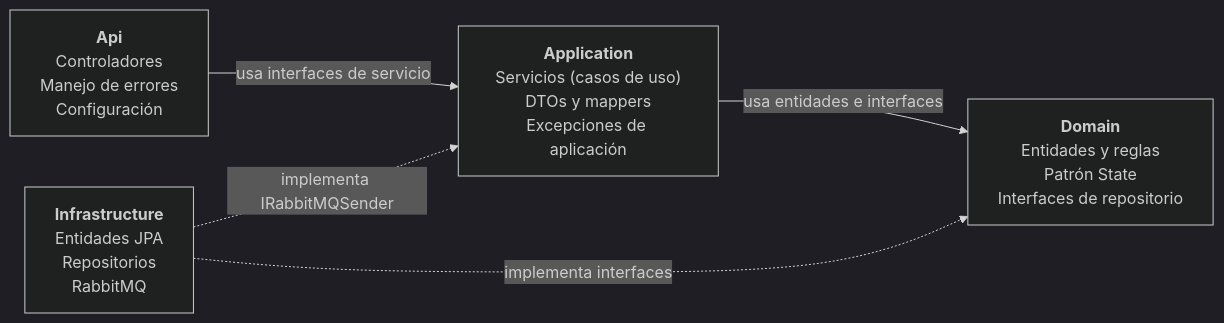
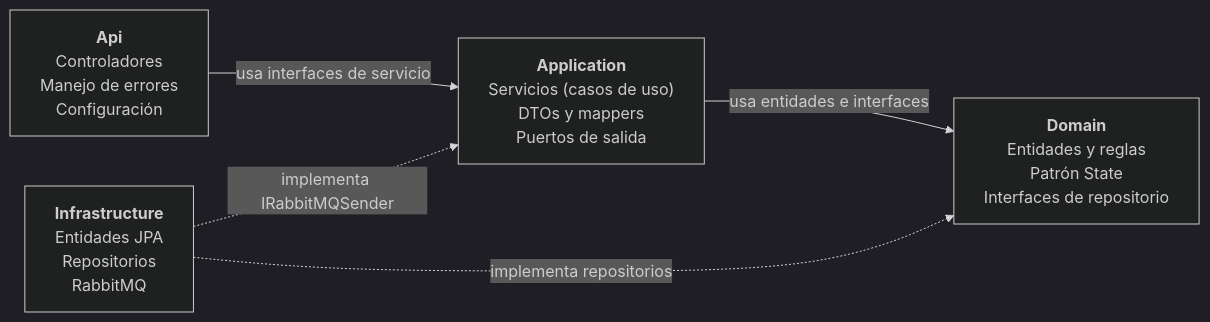
Before and after one commit to SemilleroSOLID/clean-architecture-api: the third of 5 diagrams in README.md, drawn with Mermaid (dark theme). The commit also changed other lines of this file, not shown here.

````diff
--- a/README.md
+++ b/README.md
@@ -104,12 +151,12 @@
 ```mermaid
 flowchart LR
     Api["<b>Api</b><br/>Controladores<br/>Manejo de errores<br/>Configuración"]
-    App["<b>Application</b><br/>Servicios (casos de uso)<br/>DTOs y mappers<br/>Excepciones de aplicación"]
+    App["<b>Application</b><br/>Servicios (casos de uso)<br/>DTOs y mappers<br/>Puertos de salida"]
     Dom["<b>Domain</b><br/>Entidades y reglas<br/>Patrón State<br/>Interfaces de repositorio"]
     Inf["<b>Infrastructure</b><br/>Entidades JPA<br/>Repositorios<br/>RabbitMQ"]
 
     Api -->|usa interfaces de servicio| App
     App -->|usa entidades e interfaces| Dom
-    Inf -.->|implementa interfaces| Dom
+    Inf -.->|implementa repositorios| Dom
     Inf -.->|implementa IRabbitMQSender| App
 ```
````
